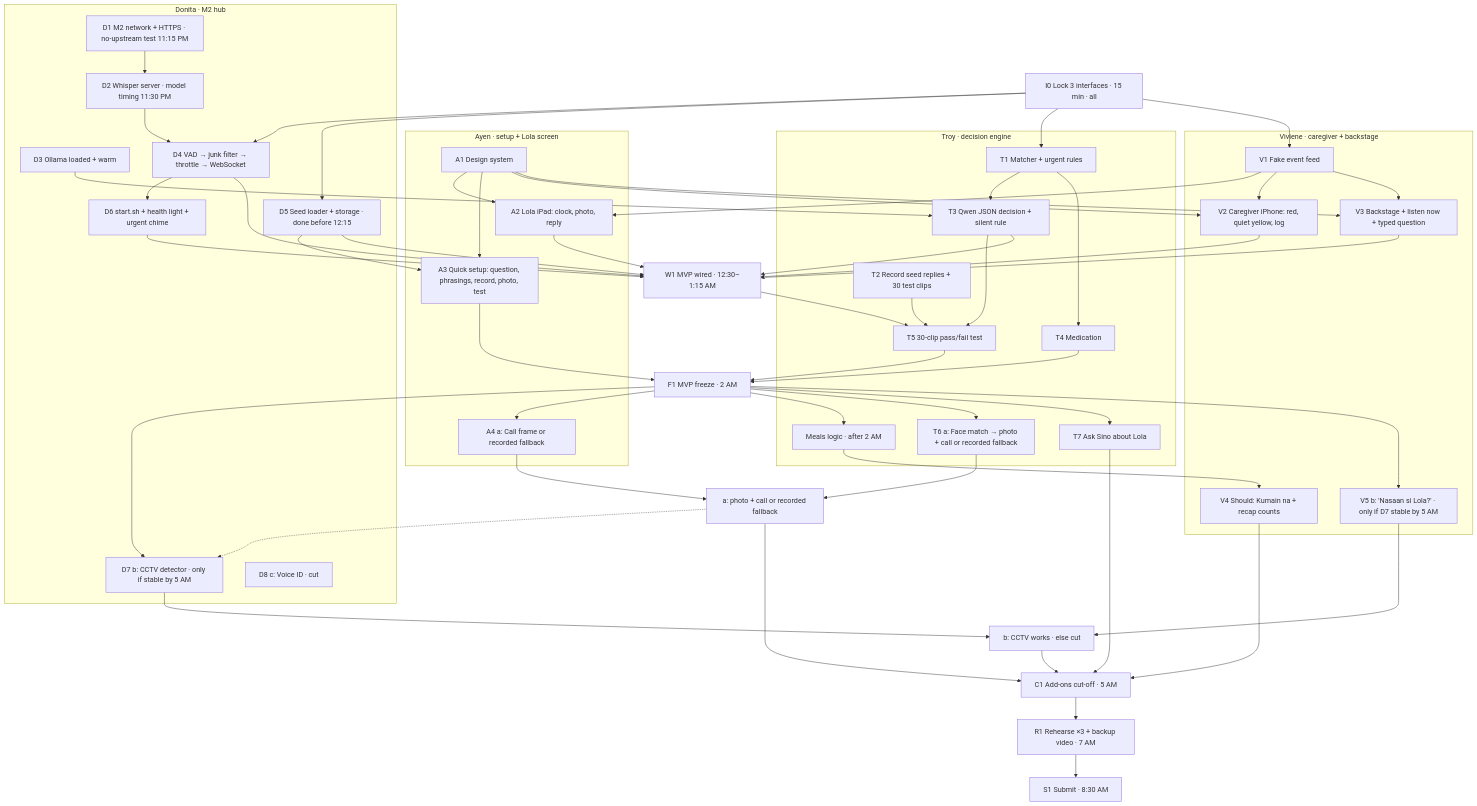
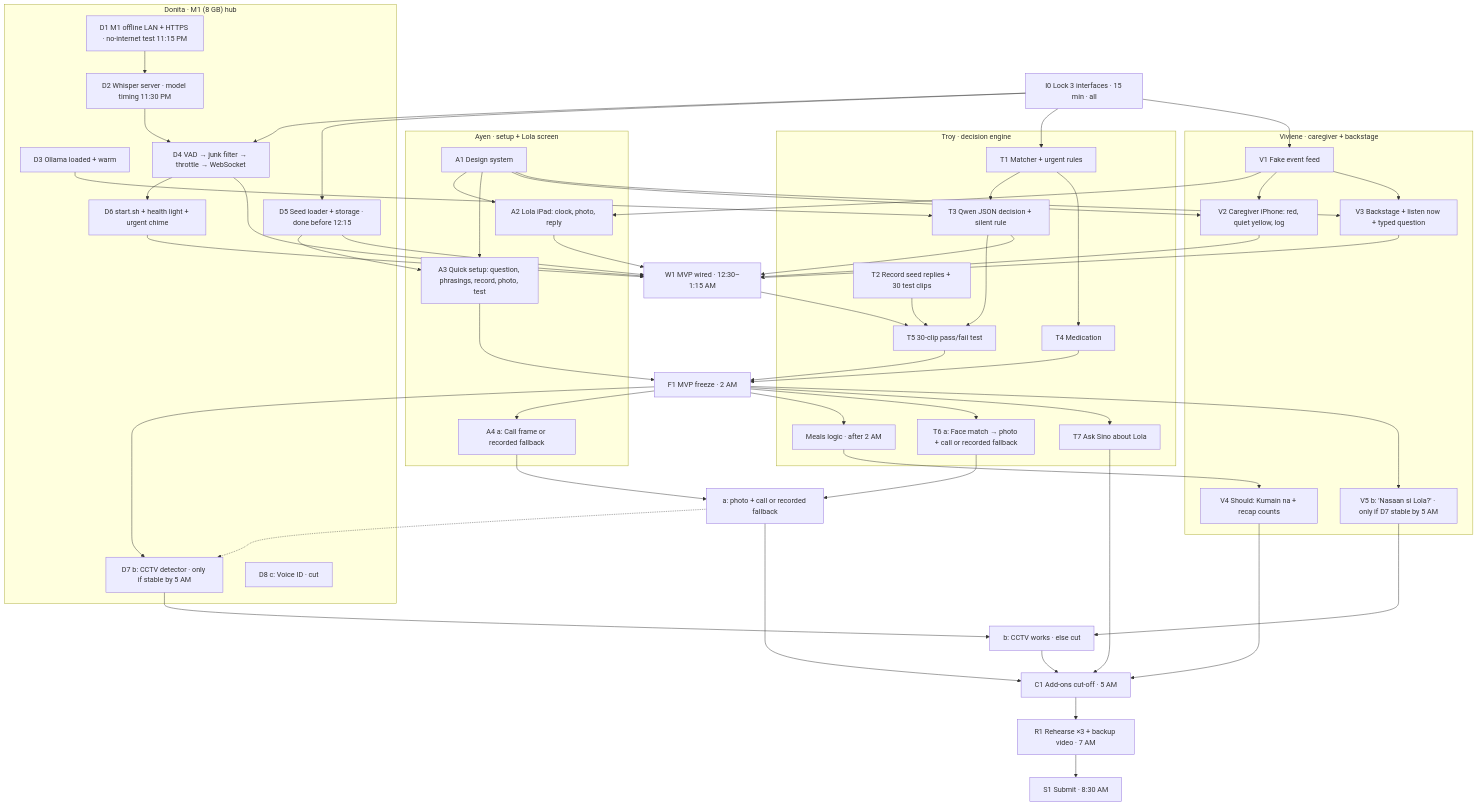
One commit to Troy-LL/appsolutely changed the diagram in docs/sino/mvp-plan.md. Above: the diagram before and after it, drawn with Mermaid. The commit also changed other lines of this file and 11 other files, not shown here.

First line of the commit message:
Hub is an M1 8 GB: models and offline network (#8)

````diff
--- a/docs/sino/mvp-plan.md
+++ b/docs/sino/mvp-plan.md
@@ -122,61 +122,61 @@
 ```mermaid
 flowchart TD
   I0[I0 Lock 3 interfaces · 15 min · all]
 
   subgraph Troy["Troy · decision engine"]
     T1[T1 Matcher + urgent rules]
     T2[T2 Record seed replies + 30 test clips]
     T3[T3 Qwen JSON decision + silent rule]
     T4[T4 Medication]
     T4m[Meals logic · after 2 AM]
     T5[T5 30-clip pass/fail test]
     T7[T7 Ask Sino about Lola]
     T6[T6 a: Face match → photo + call or recorded fallback]
   end
-  subgraph Donita["Donita · M2 hub"]
-    D1[D1 M2 network + HTTPS · no-upstream test 11:15 PM]
+  subgraph Donita["Donita · M1 (8 GB) hub"]
+    D1[D1 M1 offline LAN + HTTPS · no-internet test 11:15 PM]
     D2[D2 Whisper server · model timing 11:30 PM]
     D3[D3 Ollama loaded + warm]
     D4[D4 VAD → junk filter → throttle → WebSocket]
     D5[D5 Seed loader + storage · done before 12:15]
     D6[D6 start.sh + health light + urgent chime]
     D7[D7 b: CCTV detector · only if stable by 5 AM]
     D8[D8 c: Voice ID · cut]
   end
   subgraph Ayen["Ayen · setup + Lola screen"]
     A1[A1 Design system]
     A2[A2 Lola iPad: clock, photo, reply]
     A3[A3 Quick setup: question, phrasings, record, photo, test]
     A4[A4 a: Call frame or recorded fallback]
   end
   subgraph Viv["Viviene · caregiver + backstage"]
     V1[V1 Fake event feed]
     V2[V2 Caregiver iPhone: red, quiet yellow, log]
     V3[V3 Backstage + listen now + typed question]
     V4[V4 Should: Kumain na + recap counts]
     V5[V5 b: 'Nasaan si Lola?' · only if D7 stable by 5 AM]
   end
 
   I0 --> T1 & D4 & D5 & V1
   T1 --> T3 --> T5
   T1 --> T4
   T2 --> T5
   D3 --> T3
   D1 --> D2 --> D4 --> D6
   A1 --> A2 & A3 & V2 & V3
   V1 --> A2 & V2 & V3
   D5 --> A3
   D4 & D5 & D6 & T3 & A2 & V2 & V3 --> W[W1 MVP wired · 12:30–1:15 AM]
   W --> T5 --> F[F1 MVP freeze · 2 AM]
   T4 & A3 --> F
   F --> T4m --> V4
   F --> T6 & A4
   T6 & A4 --> XA[a: photo + call or recorded fallback]
   XA -.-> D7
   F --> D7 & V5
   D7 & V5 --> XB[b: CCTV works · else cut]
   XA & XB & V4 --> C[C1 Add-ons cut-off · 5 AM]
   F --> T7 --> C
   C --> R[R1 Rehearse ×3 + backup video · 7 AM]
   R --> S[S1 Submit · 8:30 AM]
 ```
````
